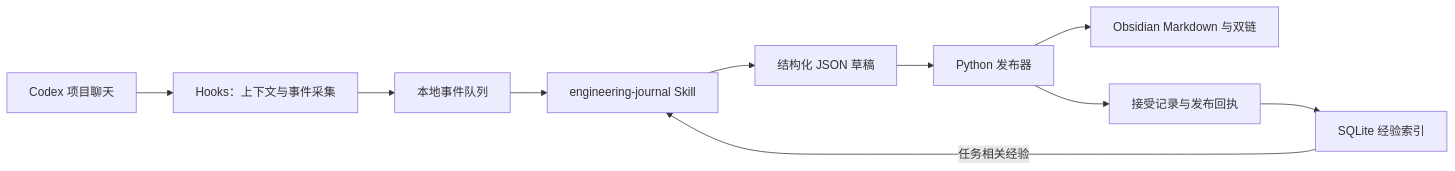
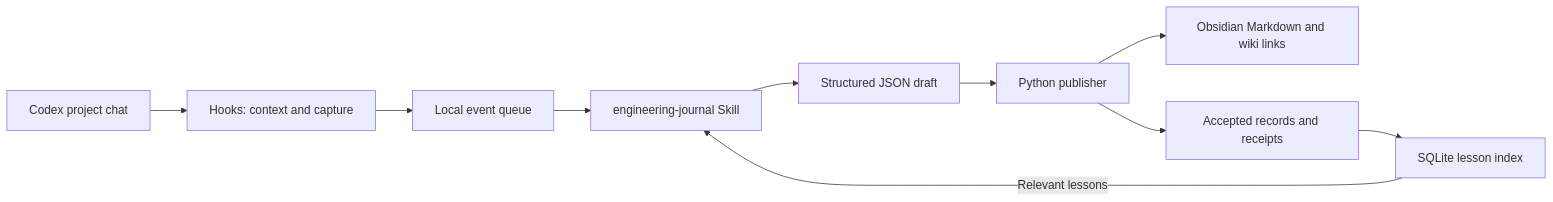
Before and after one commit to haixianma422-maker/codex-fieldnotes: the diagram in README.md, drawn with Mermaid. The commit also changed other lines of this file and 2 other files, not shown here.

````diff
--- a/README.md
+++ b/README.md
@@ -34,12 +34,12 @@
 ```mermaid
 flowchart LR
-    A[Codex 项目聊天] --> B[Hooks：上下文与事件采集]
-    B --> C[本地事件队列]
+    A[Codex project chat] --> B[Hooks: context and capture]
+    B --> C[Local event queue]
     C --> D[engineering-journal Skill]
-    K[SQLite 经验索引] -->|任务相关经验| D
-    D --> E[结构化 JSON 草稿]
-    E --> F[Python 发布器]
-    F --> G[Obsidian Markdown 与双链]
-    F --> H[接受记录与发布回执]
+    K[SQLite lesson index] -->|Relevant lessons| D
+    D --> E[Structured JSON draft]
+    E --> F[Python publisher]
+    F --> G[Obsidian Markdown and wiki links]
+    F --> H[Accepted records and receipts]
     H --> K
 ```
````
